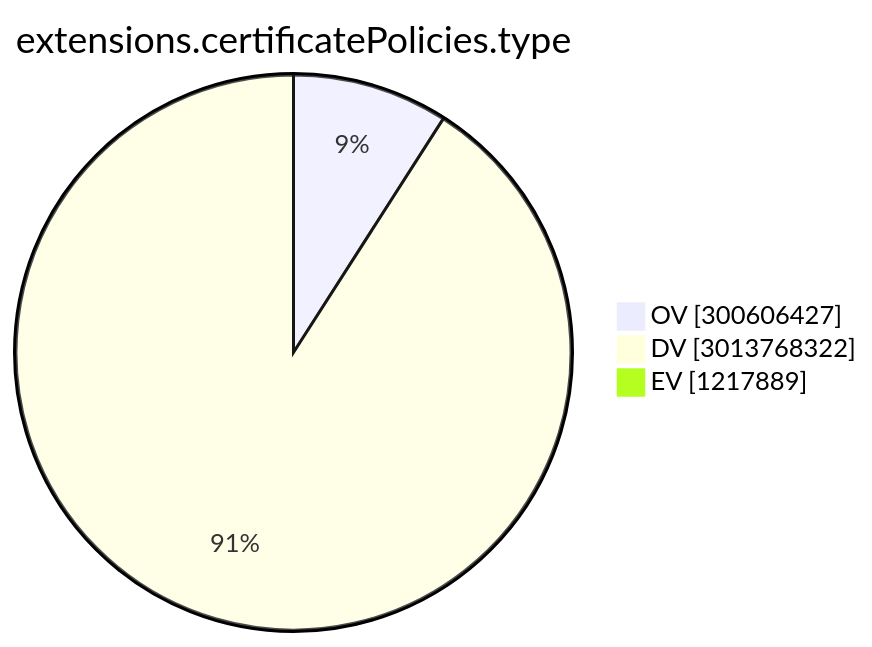
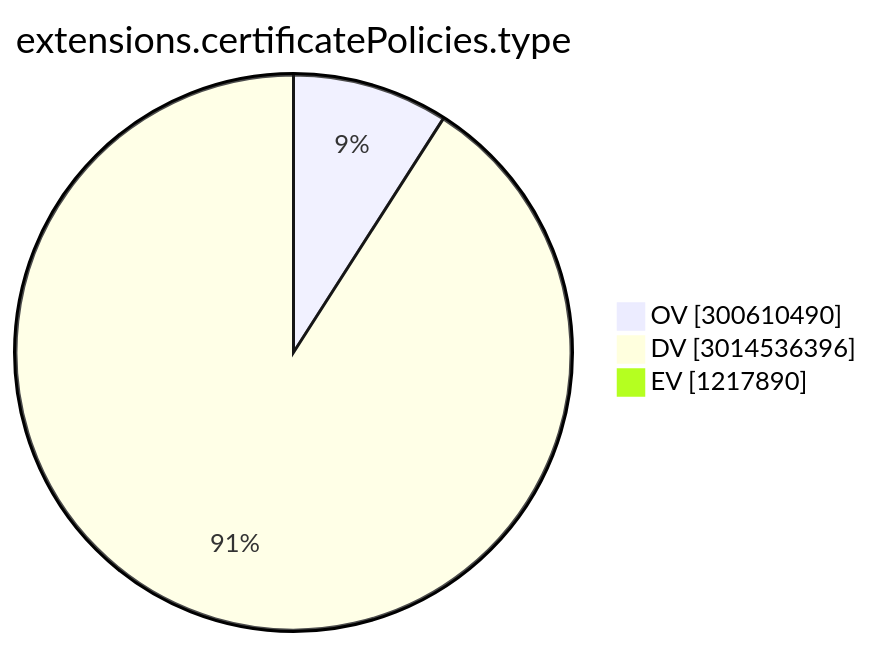
The ninth of 15 diagrams in TOTAL/README.md (christiankrug/ctmonitor_visualization), drawn with Mermaid before and after one commit. The commit also changed other lines of this file, not shown here.

````diff
--- a/TOTAL/README.md
+++ b/TOTAL/README.md
@@ -3102,7 +3102,7 @@
 ```mermaid
 pie showData
 title extensions.certificatePolicies.type
-"OV" :300606427
-"DV" :3013768322
-"EV" :1217889
+"OV" :300610490
+"DV" :3014536396
+"EV" :1217890
 ```
````
